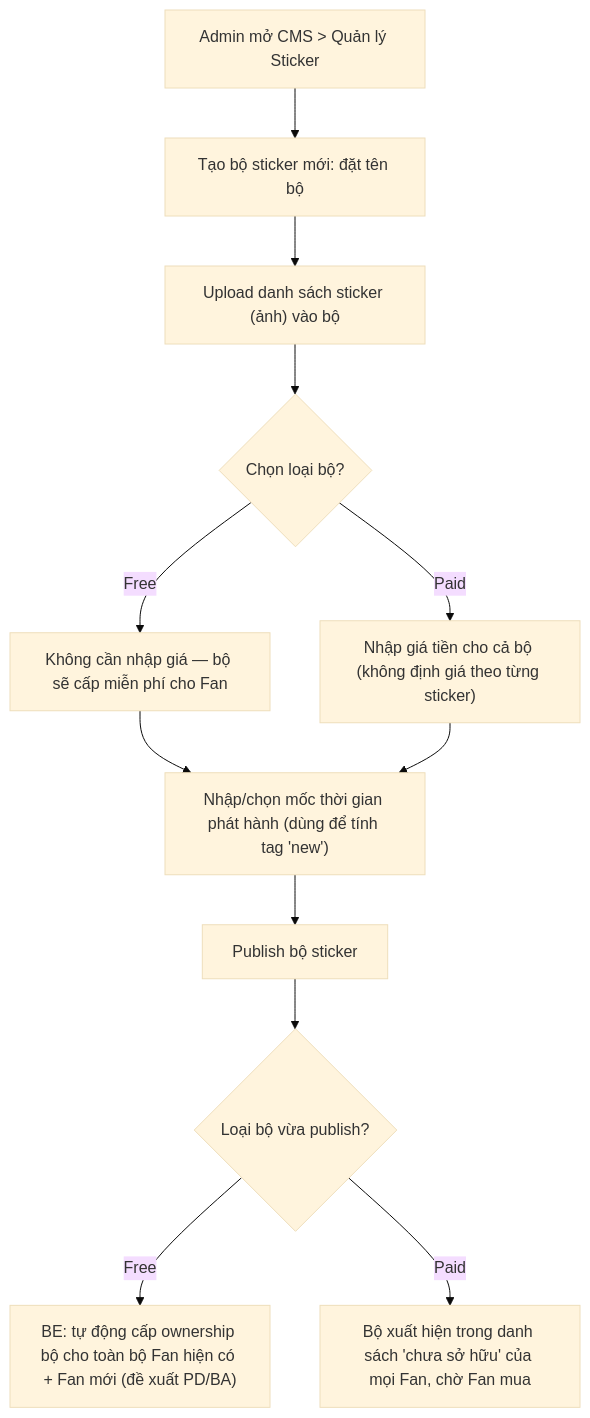
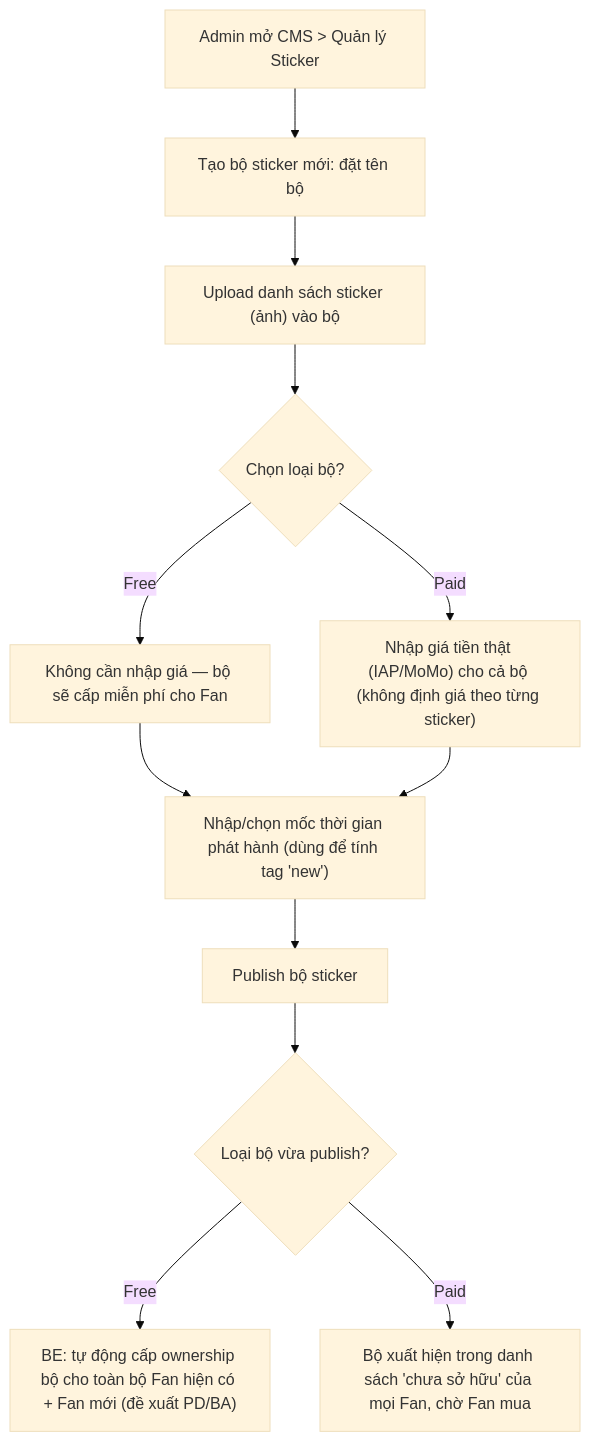
Before and after one commit to chrishieu/fana-analysis: the first of 2 diagrams in FSD_mvp2_Sticker.md, drawn with Mermaid (base theme). The commit also changed other lines of this file, not shown here.

Commit message:
Update FSD documentation for MVP2 Sticker feature: clarify payment methods for Paid sets, ensure compliance with game licensing, and refine ownership and transaction details.

````diff
--- a/FSD_mvp2_Sticker.md
+++ b/FSD_mvp2_Sticker.md
@@ -68,14 +68,14 @@
 ```mermaid
 flowchart TD
     A["Admin mở CMS > Quản lý Sticker"] --> B["Tạo bộ sticker mới: đặt tên bộ"]
     B --> C["Upload danh sách sticker (ảnh) vào bộ"]
     C --> D{"Chọn loại bộ?"}
     D -->|Free| E["Không cần nhập giá — bộ sẽ cấp miễn phí cho Fan"]
-    D -->|Paid| F["Nhập giá tiền cho cả bộ (không định giá theo từng sticker)"]
+    D -->|Paid| F["Nhập giá tiền thật (IAP/MoMo) cho cả bộ (không định giá theo từng sticker)"]
     E --> G["Nhập/chọn mốc thời gian phát hành (dùng để tính tag 'new')"]
     F --> G
     G --> H["Publish bộ sticker"]
     H --> I{"Loại bộ vừa publish?"}
     I -->|Free| J["BE: tự động cấp ownership bộ cho toàn bộ Fan hiện có + Fan mới (đề xuất PD/BA)"]
     I -->|Paid| K["Bộ xuất hiện trong danh sách 'chưa sở hữu' của mọi Fan, chờ Fan mua"]
 ```
````
